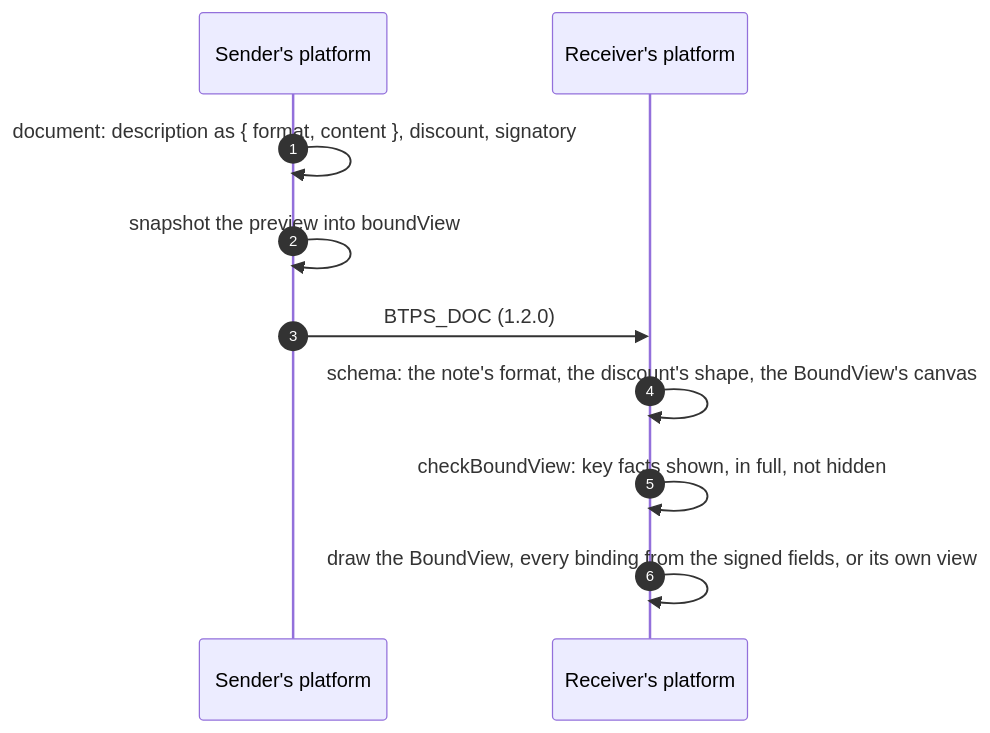
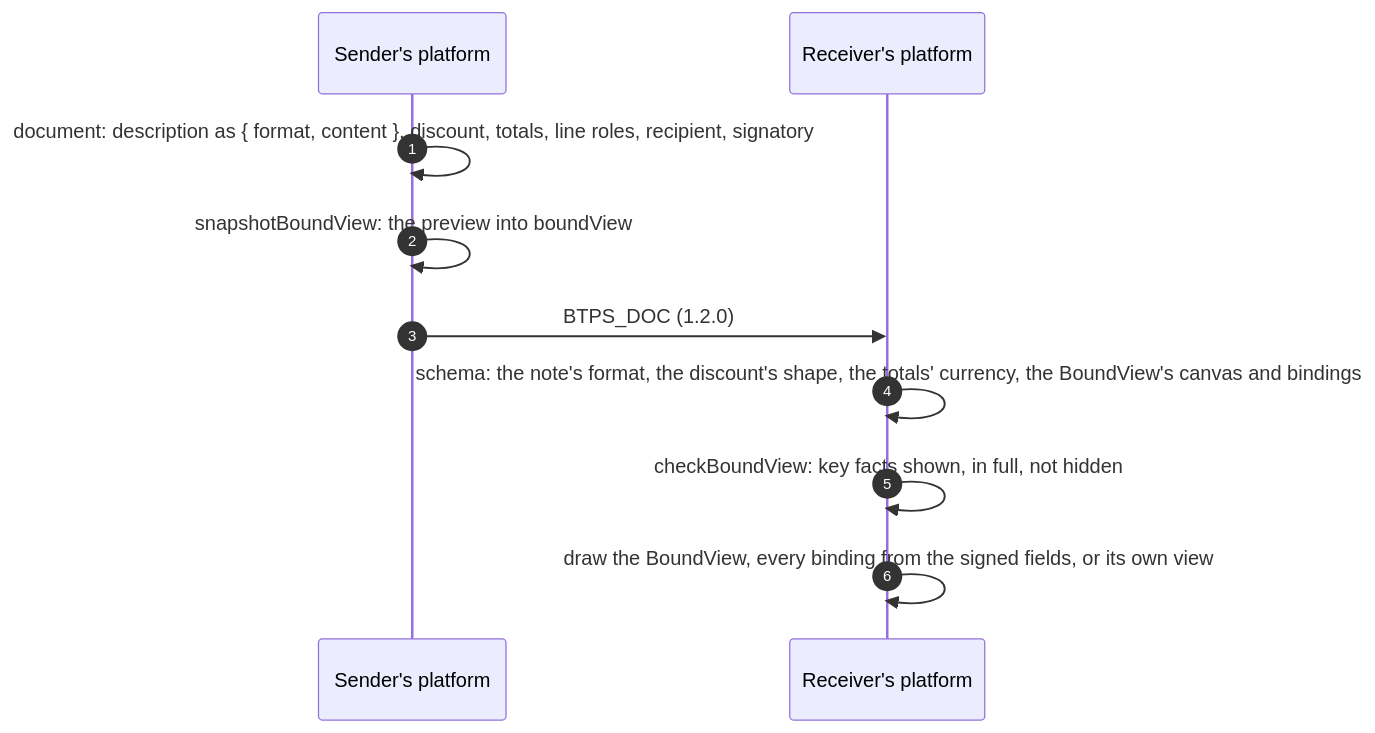
One commit to openbtps/btps-node changed the diagram in docs/docusaurus/docs/features/notesDiscountsTemplates.md. Above: the diagram before and after it, drawn with Mermaid. The commit also changed other lines of this file and 11 other files, not shown here.

````diff
--- a/docs/docusaurus/docs/features/notesDiscountsTemplates.md
+++ b/docs/docusaurus/docs/features/notesDiscountsTemplates.md
@@ -22,12 +23,12 @@
 ```mermaid
 sequenceDiagram
     autonumber
     participant S as Sender's platform
     participant R as Receiver's platform
-    S->>S: document: description as { format, content }, discount, signatory
-    S->>S: snapshot the preview into boundView
+    S->>S: document: description as { format, content }, discount, totals, line roles, recipient, signatory
+    S->>S: snapshotBoundView: the preview into boundView
     S->>R: BTPS_DOC (1.2.0)
-    R->>R: schema: the note's format, the discount's shape, the BoundView's canvas
+    R->>R: schema: the note's format, the discount's shape, the totals' currency, the BoundView's canvas and bindings
     R->>R: checkBoundView: key facts shown, in full, not hidden
     R->>R: draw the BoundView, every binding from the signed fields, or its own view
 ```
````
